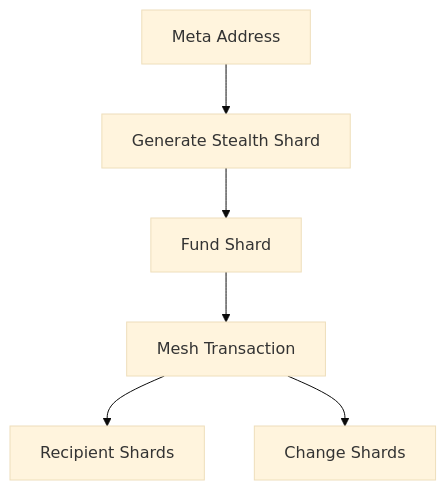
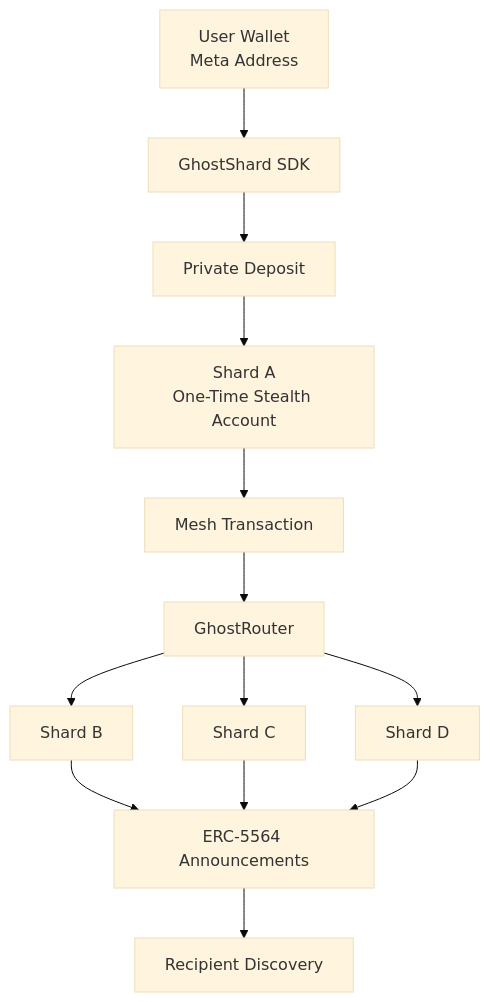
Before and after one commit to giantgun/ghost-shard-protocol: the first of 3 diagrams in README.md, drawn with Mermaid (base theme). The commit also changed other lines of this file and 17 other files, not shown here.

````diff
--- a/README.md
+++ b/README.md
@@ -68,16 +27,24 @@
 ```mermaid
 flowchart TD
 
-    A[Meta Address]
-    B[Generate Stealth Shard]
-    C[Fund Shard]
-    D[Mesh Transaction]
-    E[Recipient Shards]
-    F[Change Shards]
+    U[User Wallet<br/>Meta Address]
 
-    A --> B
-    B --> C
-    C --> D
-    D --> E
-    D --> F
+    U --> SDK[GhostShard SDK]
+
+    SDK --> D[Private Deposit]
+    D --> S1[Shard A<br/>One-Time Stealth Account]
+
+    S1 --> TX[Mesh Transaction]
+
+    TX --> GR[GhostRouter]
+
+    GR --> S2[Shard B]
+    GR --> S3[Shard C]
+    GR --> S4[Shard D]
+
+    S2 --> ANN[ERC-5564 Announcements]
+    S3 --> ANN
+    S4 --> ANN
+
+    ANN --> R[Recipient Discovery]
 ```
````
